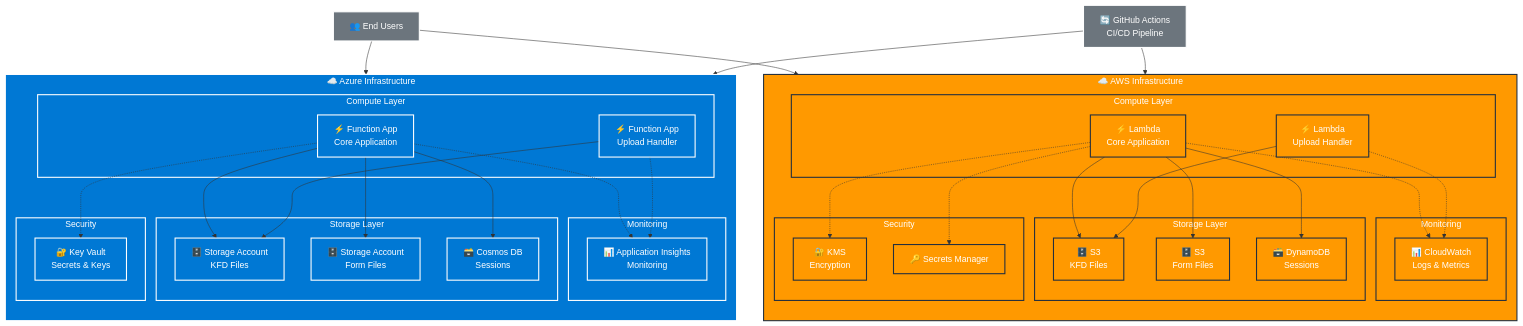
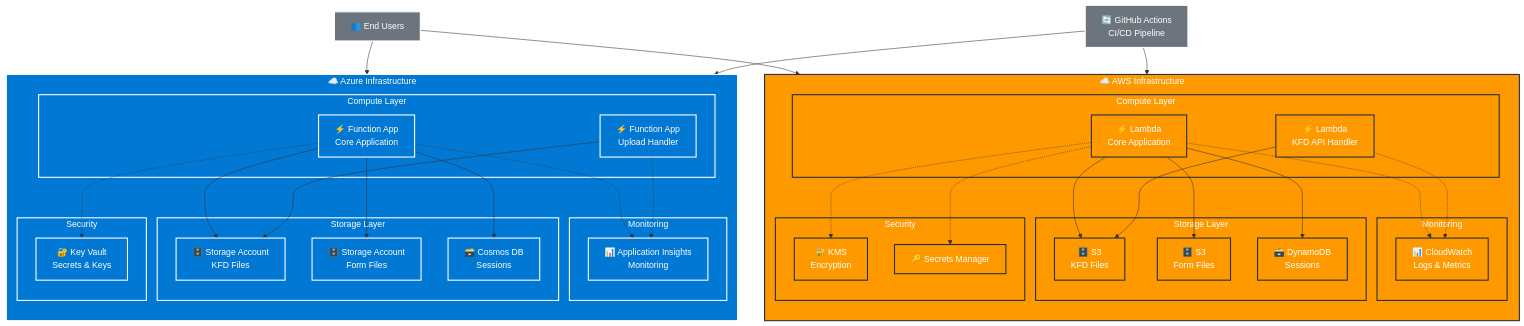
Before and after one commit to KainosSoftwareLtd/KainosStudio-CoreInfra-Public: the diagram in playbook/diagrams/kainos-studio-architecture.md, drawn with Mermaid.

Commit message:
fix: rename LambdaUpload to LambdaKFDApi in architecture diagram
- Update component name to reflect KFD API functionality
- Update all connections and styling references
- Maintain consistent naming throughout documentation

````diff
--- a/playbook/diagrams/kainos-studio-architecture.md
+++ b/playbook/diagrams/kainos-studio-architecture.md
@@ -13,7 +13,7 @@
         direction TB
         subgraph AWSCompute["Compute Layer"]
             LambdaCore[⚡ Lambda<br/>Core Application]
-            LambdaUpload[⚡ Lambda<br/>Upload Handler]
+            LambdaKFDApi[⚡ Lambda<br/>KFD API Handler]
         end
         
         subgraph AWSStorage["Storage Layer"]
@@ -65,7 +65,7 @@
     LambdaCore --> S3KFD
     LambdaCore --> S3Forms
     LambdaCore --> DynamoDB
-    LambdaUpload --> S3KFD
+    LambdaKFDApi --> S3KFD
     
     FunctionCore --> StorageKFD
     FunctionCore --> StorageForms
@@ -74,7 +74,7 @@
     
     %% Monitoring connections
     LambdaCore -.-> CloudWatch
-    LambdaUpload -.-> CloudWatch
+    LambdaKFDApi -.-> CloudWatch
     FunctionCore -.-> AppInsights
     FunctionUpload -.-> AppInsights
     
@@ -89,7 +89,7 @@
     classDef app fill:#28A745,stroke:#fff,stroke-width:2px,color:#fff
     classDef external fill:#6C757D,stroke:#fff,stroke-width:2px,color:#fff
     
-    class AWS,AWSCompute,AWSStorage,AWSMonitoring,AWSSecurity,LambdaCore,LambdaUpload,S3KFD,S3Forms,DynamoDB,CloudWatch,KMS,Secrets aws
+    class AWS,AWSCompute,AWSStorage,AWSMonitoring,AWSSecurity,LambdaCore,LambdaKFDApi,S3KFD,S3Forms,DynamoDB,CloudWatch,KMS,Secrets aws
     class Azure,AzureCompute,AzureStorage,AzureMonitoring,AzureSecurity,FunctionCore,FunctionUpload,StorageKFD,StorageForms,CosmosDB,AppInsights,KeyVault azure
     class Users,GitHub external
 ```
````
